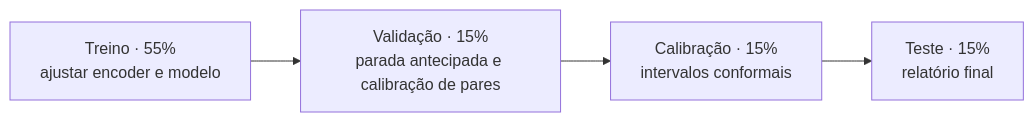
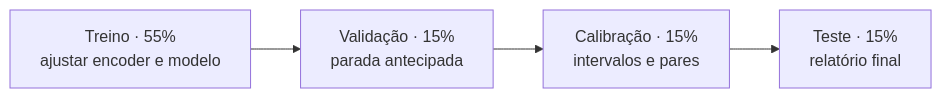
The diagram in docs/METHODOLOGY.md (Gui0206/case-galaxies), drawn with Mermaid before and after one commit. The commit also changed other lines of this file and 16 other files, not shown here.

````diff
--- a/docs/METHODOLOGY.md
+++ b/docs/METHODOLOGY.md
@@ -15,6 +17,6 @@
 ```mermaid
 flowchart LR
-    T["Treino · 55%<br>ajustar encoder e modelo"] --> V["Validação · 15%<br>parada antecipada e calibração de pares"]
-    V --> C["Calibração · 15%<br>intervalos conformais"]
+    T["Treino · 55%<br>ajustar encoder e modelo"] --> V["Validação · 15%<br>parada antecipada"]
+    V --> C["Calibração · 15%<br>intervalos e pares"]
     C --> E["Teste · 15%<br>relatório final"]
 ```
````
